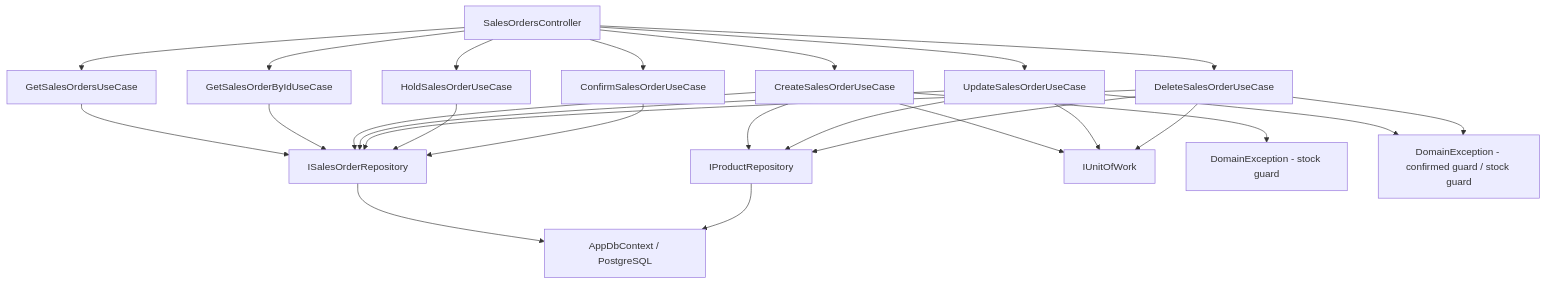
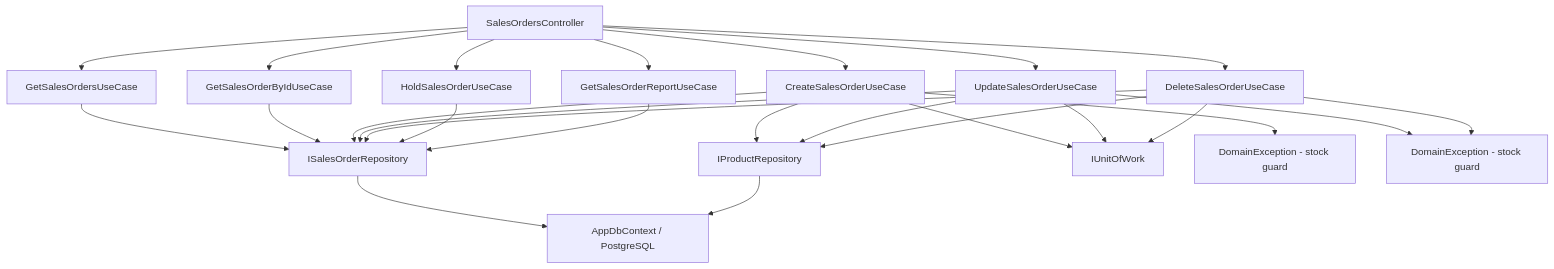
The diagram in src/Lamour.Application/Features/Sales/docs/sales.md (haiphan5289/be-window-lamour), drawn with Mermaid before and after one commit. The commit also changed other lines of this file and 85 other files, not shown here.

````diff
--- a/src/Lamour.Application/Features/Sales/docs/sales.md
+++ b/src/Lamour.Application/Features/Sales/docs/sales.md
@@ -93,28 +101,28 @@
 ```mermaid
 graph TD
     A[SalesOrdersController] --> B[GetSalesOrdersUseCase]
     A --> BB[GetSalesOrderByIdUseCase]
     A --> C[CreateSalesOrderUseCase]
     A --> D[UpdateSalesOrderUseCase]
     A --> E[DeleteSalesOrderUseCase]
     A --> Ho[HoldSalesOrderUseCase]
-    A --> Co[ConfirmSalesOrderUseCase]
+    A --> Re[GetSalesOrderReportUseCase]
     B --> H[ISalesOrderRepository]
     BB --> H
     C --> H
     C --> P[IProductRepository]
     C --> U[IUnitOfWork]
     D --> H
     D --> P
     D --> U
     E --> H
     E --> P
     E --> U
     Ho --> H
-    Co --> H
+    Re --> H
     H --> I[AppDbContext / PostgreSQL]
     P --> I
     C --> J[DomainException - stock guard]
-    D --> K[DomainException - confirmed guard / stock guard]
+    D --> K[DomainException - stock guard]
     E --> K
 ```
````
